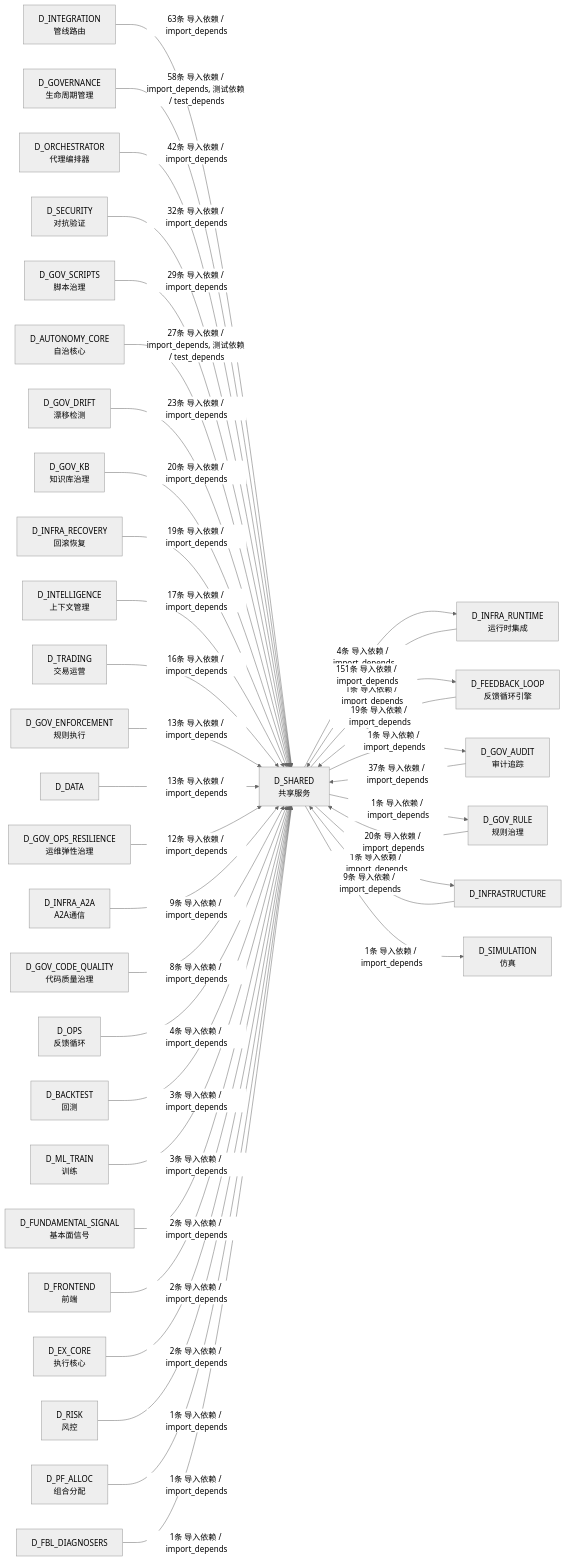
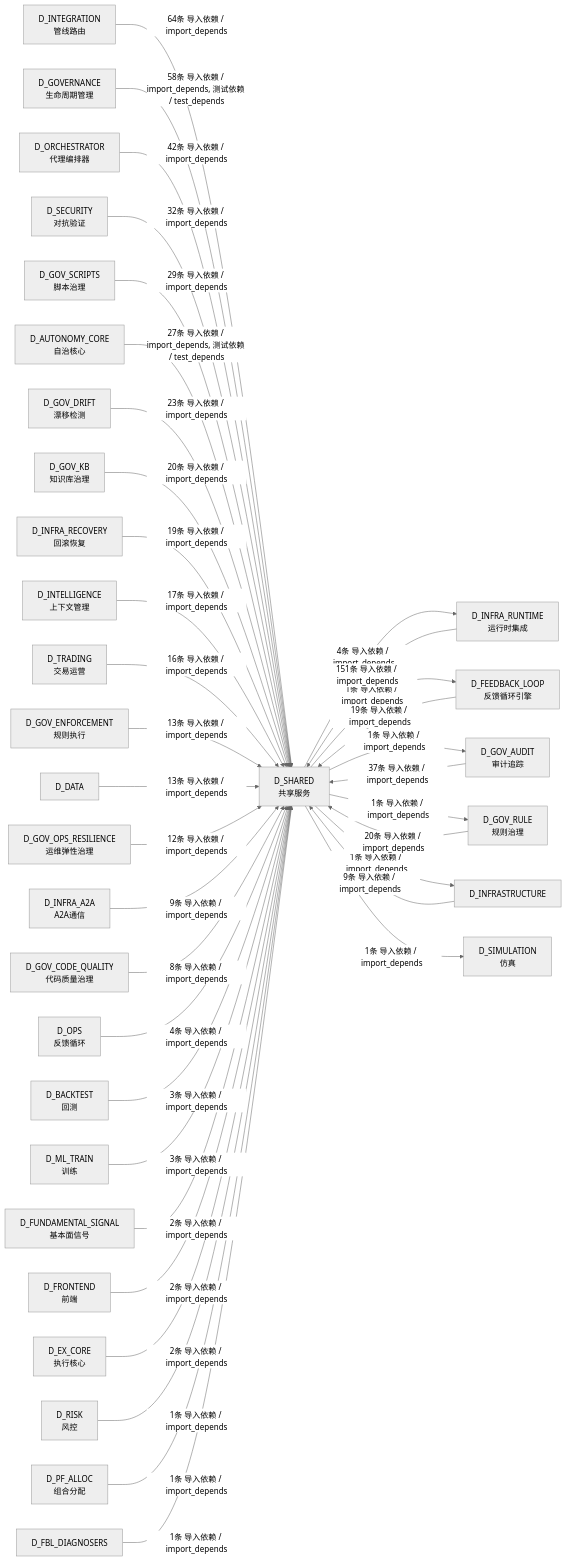
Before and after one commit to xuanFelixVan/ZephyrAlpha: the tenth of 10 diagrams in docs/02_enterprise_architecture/02_domain_architecture_docs/26_d_shared.md, drawn with Mermaid (neutral theme). The commit also changed other lines of this file and 98 other files, not shown here.

````diff
--- a/docs/02_enterprise_architecture/02_domain_architecture_docs/26_d_shared.md
+++ b/docs/02_enterprise_architecture/02_domain_architecture_docs/26_d_shared.md
@@ -1745,71 +1753,71 @@
 ```mermaid
 graph LR
     D_SHARED["D_SHARED<br/>共享服务"]
     D_INFRA_RUNTIME["D_INFRA_RUNTIME<br/>运行时集成"]
     D_FEEDBACK_LOOP["D_FEEDBACK_LOOP<br/>反馈循环引擎"]
     D_GOV_AUDIT["D_GOV_AUDIT<br/>审计追踪"]
     D_GOV_RULE["D_GOV_RULE<br/>规则治理"]
     D_INFRASTRUCTURE["D_INFRASTRUCTURE"]
     D_SIMULATION["D_SIMULATION<br/>仿真"]
     D_INTEGRATION["D_INTEGRATION<br/>管线路由"]
     D_GOVERNANCE["D_GOVERNANCE<br/>生命周期管理"]
     D_ORCHESTRATOR["D_ORCHESTRATOR<br/>代理编排器"]
     D_SECURITY["D_SECURITY<br/>对抗验证"]
     D_GOV_SCRIPTS["D_GOV_SCRIPTS<br/>脚本治理"]
     D_AUTONOMY_CORE["D_AUTONOMY_CORE<br/>自治核心"]
     D_GOV_DRIFT["D_GOV_DRIFT<br/>漂移检测"]
     D_GOV_KB["D_GOV_KB<br/>知识库治理"]
     D_INFRA_RECOVERY["D_INFRA_RECOVERY<br/>回滚恢复"]
     D_INTELLIGENCE["D_INTELLIGENCE<br/>上下文管理"]
     D_TRADING["D_TRADING<br/>交易运营"]
     D_GOV_ENFORCEMENT["D_GOV_ENFORCEMENT<br/>规则执行"]
     D_DATA["D_DATA"]
     D_GOV_OPS_RESILIENCE["D_GOV_OPS_RESILIENCE<br/>运维弹性治理"]
     D_INFRA_A2A["D_INFRA_A2A<br/>A2A通信"]
     D_GOV_CODE_QUALITY["D_GOV_CODE_QUALITY<br/>代码质量治理"]
     D_OPS["D_OPS<br/>反馈循环"]
     D_BACKTEST["D_BACKTEST<br/>回测"]
     D_ML_TRAIN["D_ML_TRAIN<br/>训练"]
     D_FUNDAMENTAL_SIGNAL["D_FUNDAMENTAL_SIGNAL<br/>基本面信号"]
     D_FRONTEND["D_FRONTEND<br/>前端"]
     D_EX_CORE["D_EX_CORE<br/>执行核心"]
     D_RISK["D_RISK<br/>风控"]
     D_PF_ALLOC["D_PF_ALLOC<br/>组合分配"]
     D_FBL_DIAGNOSERS["D_FBL_DIAGNOSERS"]
     D_SHARED -->|4条 导入依赖 / import_depends| D_INFRA_RUNTIME
     D_SHARED -->|1条 导入依赖 / import_depends| D_FEEDBACK_LOOP
     D_SHARED -->|1条 导入依赖 / import_depends| D_GOV_AUDIT
     D_SHARED -->|1条 导入依赖 / import_depends| D_GOV_RULE
     D_SHARED -->|1条 导入依赖 / import_depends| D_INFRASTRUCTURE
     D_SHARED -->|1条 导入依赖 / import_depends| D_SIMULATION
     D_INFRA_RUNTIME -->|151条 导入依赖 / import_depends| D_SHARED
-    D_INTEGRATION -->|63条 导入依赖 / import_depends| D_SHARED
+    D_INTEGRATION -->|64条 导入依赖 / import_depends| D_SHARED
     D_GOVERNANCE -->|58条 导入依赖 / import_depends, 测试依赖 / test_depends| D_SHARED
     D_ORCHESTRATOR -->|42条 导入依赖 / import_depends| D_SHARED
     D_GOV_AUDIT -->|37条 导入依赖 / import_depends| D_SHARED
     D_SECURITY -->|32条 导入依赖 / import_depends| D_SHARED
     D_GOV_SCRIPTS -->|29条 导入依赖 / import_depends| D_SHARED
     D_AUTONOMY_CORE -->|27条 导入依赖 / import_depends, 测试依赖 / test_depends| D_SHARED
     D_GOV_DRIFT -->|23条 导入依赖 / import_depends| D_SHARED
     D_GOV_RULE -->|20条 导入依赖 / import_depends| D_SHARED
     D_GOV_KB -->|20条 导入依赖 / import_depends| D_SHARED
     D_FEEDBACK_LOOP -->|19条 导入依赖 / import_depends| D_SHARED
     D_INFRA_RECOVERY -->|19条 导入依赖 / import_depends| D_SHARED
     D_INTELLIGENCE -->|17条 导入依赖 / import_depends| D_SHARED
     D_TRADING -->|16条 导入依赖 / import_depends| D_SHARED
     D_GOV_ENFORCEMENT -->|13条 导入依赖 / import_depends| D_SHARED
     D_DATA -->|13条 导入依赖 / import_depends| D_SHARED
     D_GOV_OPS_RESILIENCE -->|12条 导入依赖 / import_depends| D_SHARED
     D_INFRASTRUCTURE -->|9条 导入依赖 / import_depends| D_SHARED
     D_INFRA_A2A -->|9条 导入依赖 / import_depends| D_SHARED
     D_GOV_CODE_QUALITY -->|8条 导入依赖 / import_depends| D_SHARED
     D_OPS -->|4条 导入依赖 / import_depends| D_SHARED
     D_BACKTEST -->|3条 导入依赖 / import_depends| D_SHARED
     D_ML_TRAIN -->|3条 导入依赖 / import_depends| D_SHARED
     D_FUNDAMENTAL_SIGNAL -->|2条 导入依赖 / import_depends| D_SHARED
     D_FRONTEND -->|2条 导入依赖 / import_depends| D_SHARED
     D_EX_CORE -->|2条 导入依赖 / import_depends| D_SHARED
     D_RISK -->|1条 导入依赖 / import_depends| D_SHARED
     D_PF_ALLOC -->|1条 导入依赖 / import_depends| D_SHARED
     D_FBL_DIAGNOSERS -->|1条 导入依赖 / import_depends| D_SHARED
 ```
````
